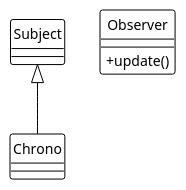
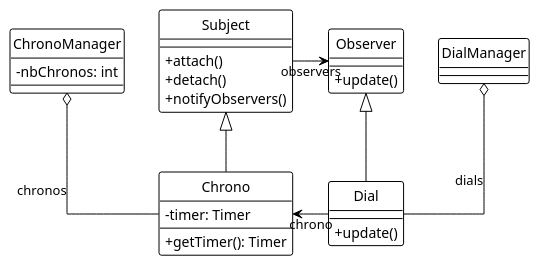
One commit to OlinB/heig-vd-mcr-lab01 changed the diagram in uml/uml.plantuml. Above: the diagram before and after it, drawn with PlantUML.

Commit message:
start on uml

```diff
--- a/uml/uml.plantuml
+++ b/uml/uml.plantuml
@@ -1,21 +1,44 @@
 @startuml
 skinparam classAttributeIconSize 0
 hide circle
 
 !theme plain
 top to bottom direction
 skinparam linetype ortho
 
-class Chrono {
-
-}
-
 class Subject {
-
+    +attach()
+    +detach()
+    +notifyObservers()
 }
 
 class Observer {
     +update()
 }
+
+class ChronoManager {
+    - nbChronos: int
+}
+
+class DialManager {
+
+}
+
+class Chrono {
+    -timer: Timer
+    +getTimer(): Timer
+}
+
+class Dial {
+    +update()
+}
+
 Subject <|-- Chrono
+Observer <|-- Dial
+Subject -> Observer: observers
+Chrono <- Dial: chrono
+ChronoManager o-- Chrono: chronos
+DialManager o-- Dial: dials
+ChronoManager -right[hidden]- Subject
+DialManager -left[hidden]- Observer
 @enduml
```
